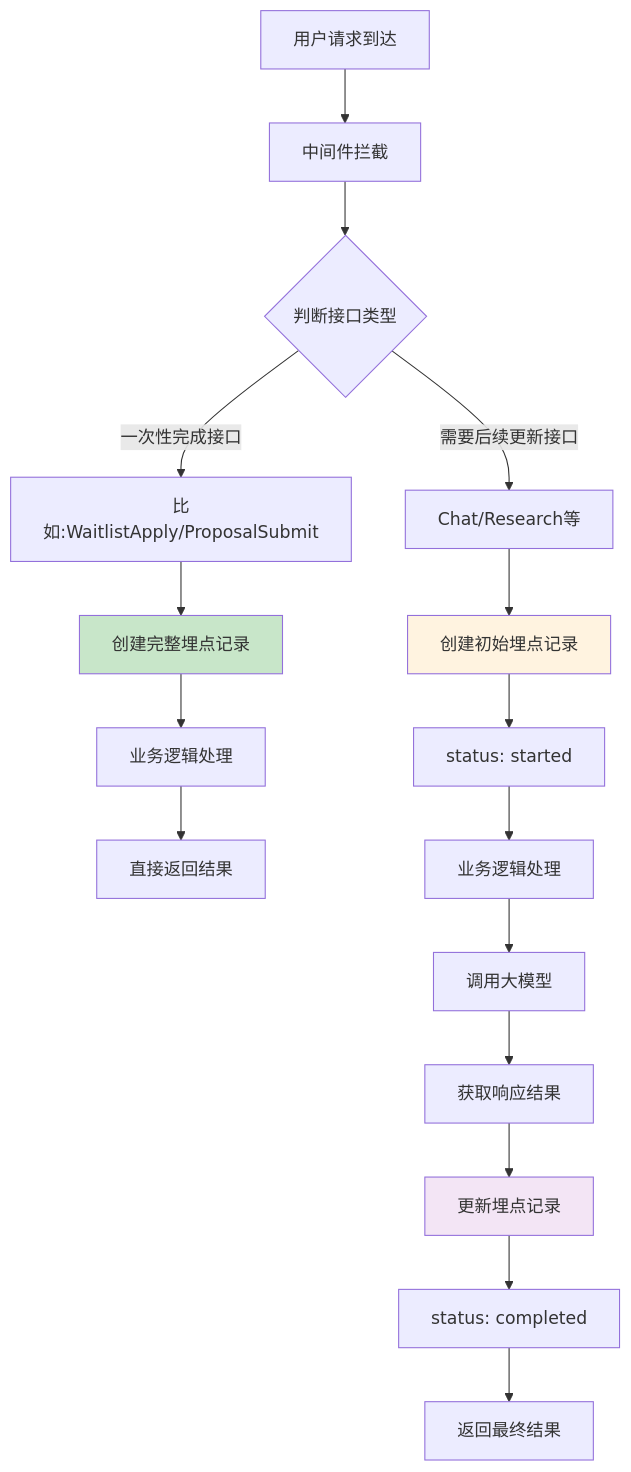
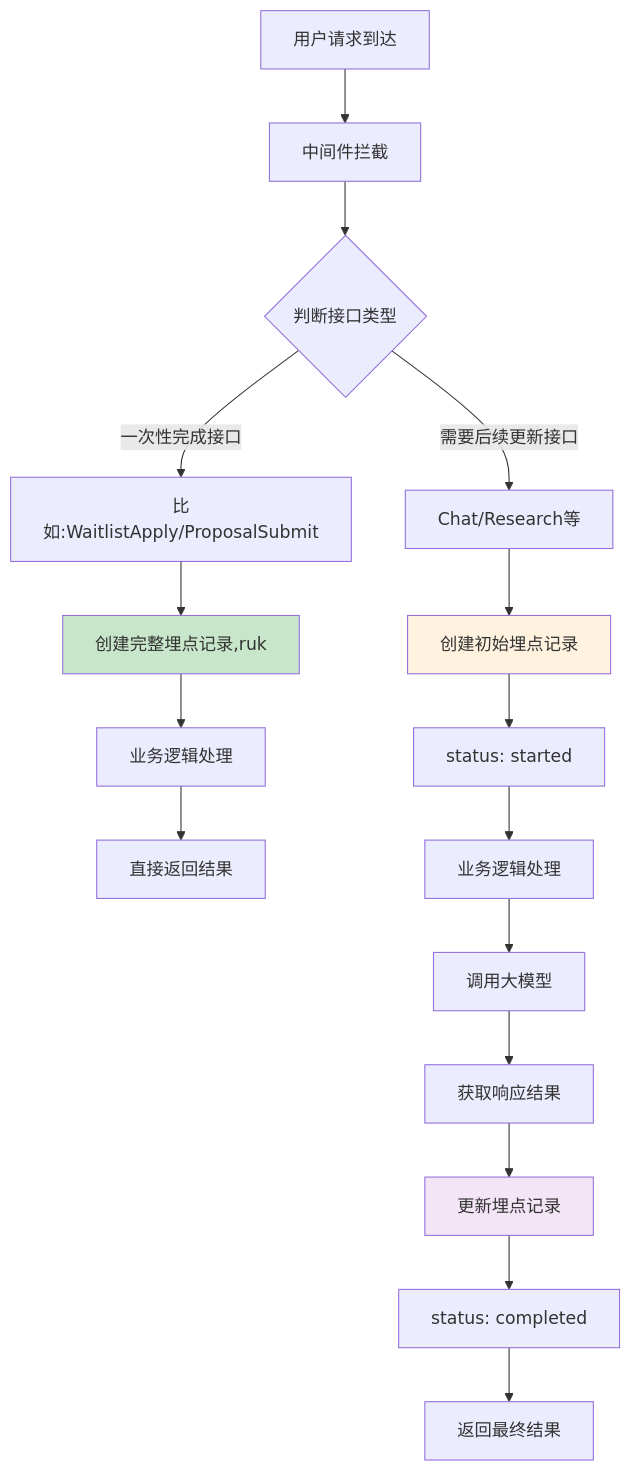
Before and after one commit to yingjianzh/iodraw-files: the diagram in all/未命名-78.md, drawn with Mermaid.

Commit message:
2025-07-08 17:16:32 update

````diff
--- a/all/未命名-78.md
+++ b/all/未命名-78.md
@@ -1,25 +1,25 @@
 ```mermaid
 flowchart TD
     A[用户请求到达] --> B[中间件拦截]
     B --> C{判断接口类型}
     
     C -->|一次性完成接口| D[比如:WaitlistApply/ProposalSubmit]
     C -->|需要后续更新接口| E[Chat/Research等]
     
-    D --> F[创建完整埋点记录]
+    D --> F[创建完整埋点记录,ruk]
     F --> H[业务逻辑处理]
     H --> I[直接返回结果]
     
     E --> J[创建初始埋点记录]
     J --> K[status: started]
     K --> L[业务逻辑处理]
     L --> M[调用大模型]
     M --> N[获取响应结果]
     N --> O[更新埋点记录]
     O --> P[status: completed]
     P --> Q[返回最终结果]
     
     style F fill:#c8e6c9
     style J fill:#fff3e0
     style O fill:#f3e5f5
 ```
````
